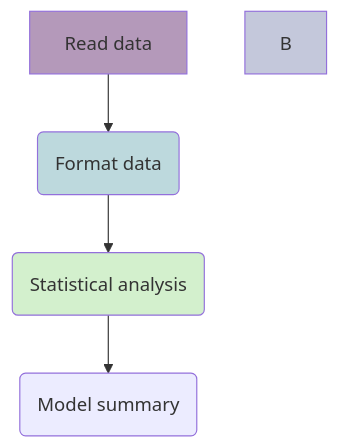
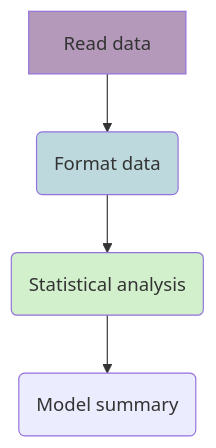
The diagram in scripts/stats.qmd (maRce10/bioacoustics_and_L2_learning), drawn with Mermaid before and after one commit. The commit also changed 1 other file, not shown here.

Commit message:
update diagram

````diff
--- a/scripts/stats.qmd
+++ b/scripts/stats.qmd
@@ -80,12 +80,11 @@
 ```{mermaid, fig.align = "center"}
 flowchart
   A[Read data] --> C(Format data) 
   C --> D(Statistical analysis)
   D --> E(Model summary) 
 
 style A fill:#44015466
-style B fill:#3E4A894D
 style C fill:#26828E4D
 style D fill:#6DCD594D
 
 ```
````
